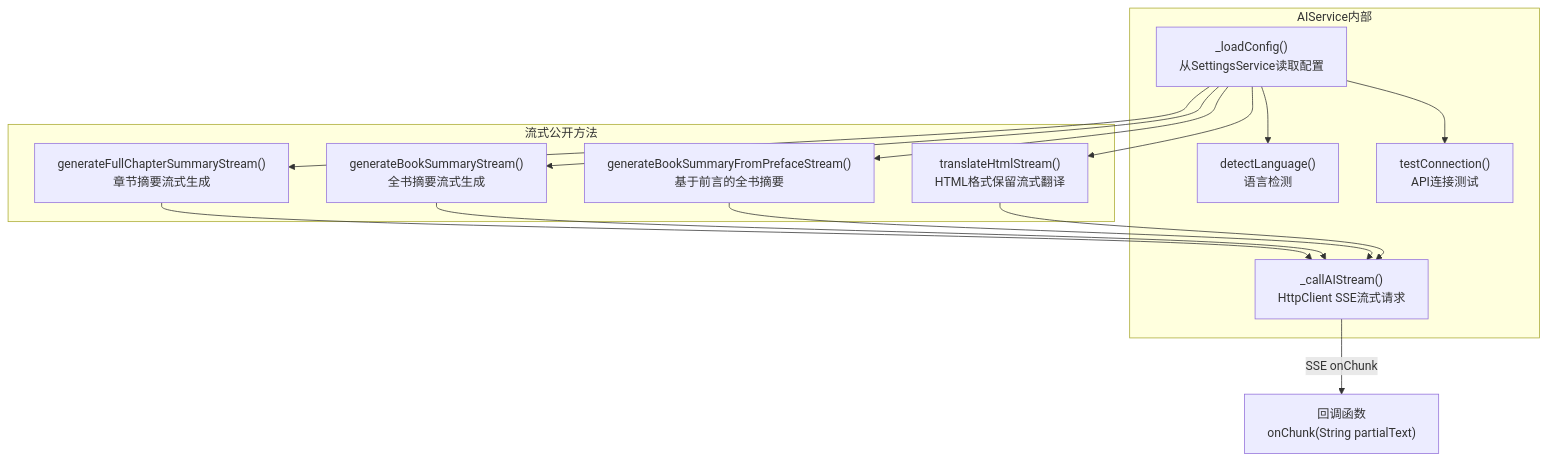
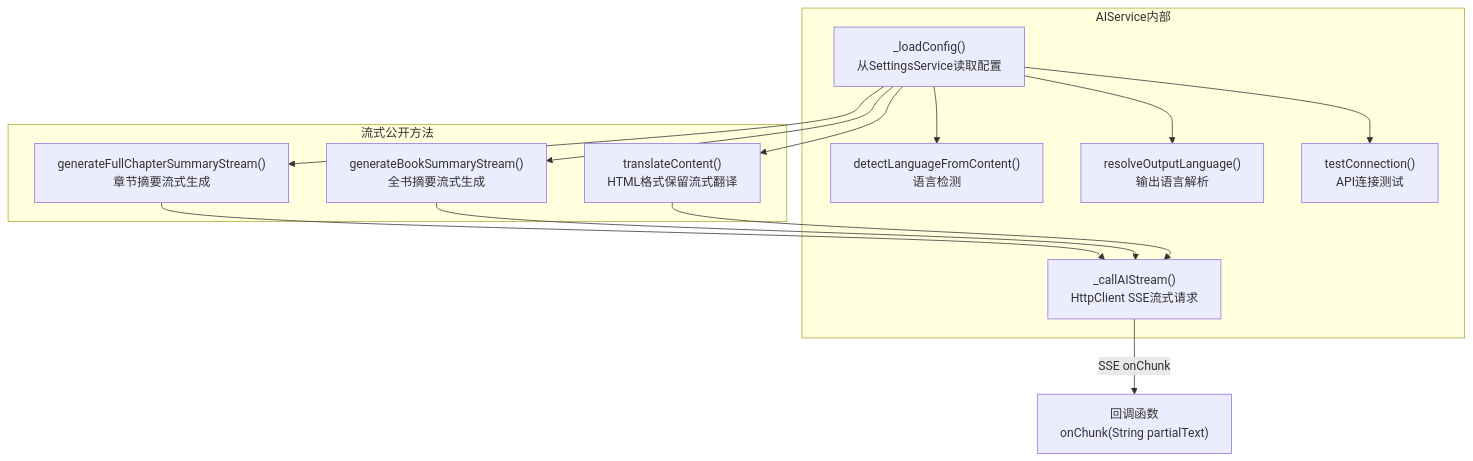
Before and after one commit to jjzhang2000/zhidu: the sixth of 11 diagrams in docs/function_call_relationships_visual.md, drawn with Mermaid. The commit also changed other lines of this file and 43 other files, not shown here.

````diff
--- a/docs/function_call_relationships_visual.md
+++ b/docs/function_call_relationships_visual.md
@@ -347,30 +326,29 @@
 ```mermaid
 flowchart TD
     subgraph AIService内部
         CONFIG["_loadConfig()<br/>从SettingsService读取配置"]
         STREAM["_callAIStream()<br/>HttpClient SSE流式请求"]
-        DETECT["detectLanguage()<br/>语言检测"]
+        DETECT["detectLanguageFromContent()<br/>语言检测"]
+        RESOLVE["resolveOutputLanguage()<br/>输出语言解析"]
         TEST["testConnection()<br/>API连接测试"]
     end
 
     subgraph 流式公开方法
         FS["generateFullChapterSummaryStream()<br/>章节摘要流式生成"]
         BS["generateBookSummaryStream()<br/>全书摘要流式生成"]
-        BFP["generateBookSummaryFromPrefaceStream()<br/>基于前言的全书摘要"]
-        THS["translateHtmlStream()<br/>HTML格式保留流式翻译"]
+        TC["translateContent()<br/>HTML格式保留流式翻译"]
     end
 
     CONFIG --> FS
     CONFIG --> BS
-    CONFIG --> BFP
-    CONFIG --> THS
+    CONFIG --> TC
     CONFIG --> DETECT
+    CONFIG --> RESOLVE
     CONFIG --> TEST
 
     FS --> STREAM
     BS --> STREAM
-    BFP --> STREAM
-    THS --> STREAM
+    TC --> STREAM
 
     STREAM --> |"SSE onChunk"| CB["回调函数<br/>onChunk(String partialText)"]
 ```
````
